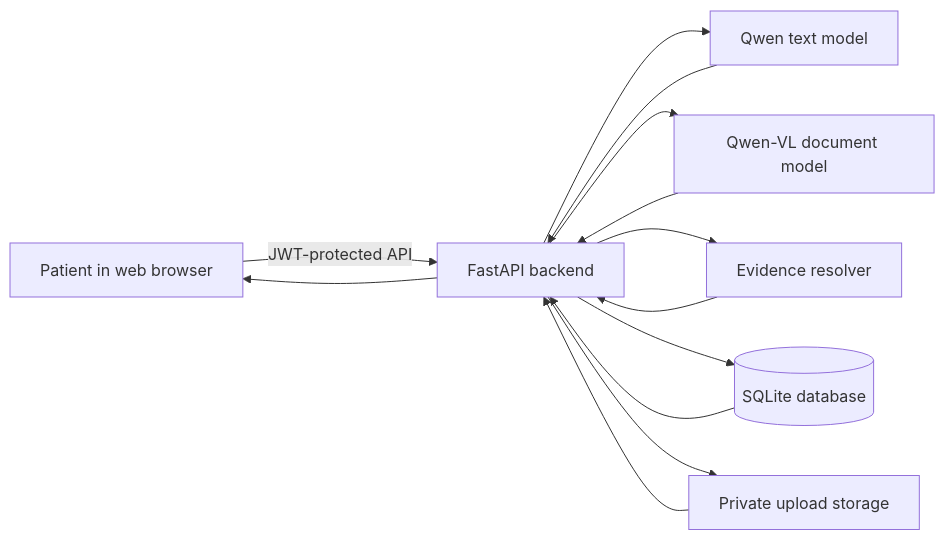
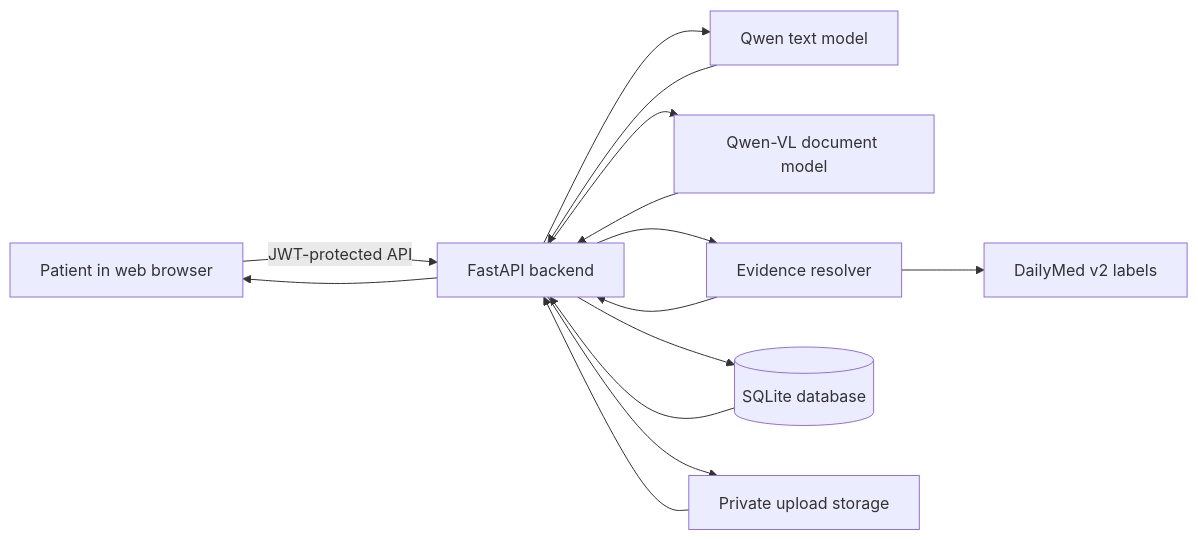
Before and after one commit to Kheem-Dh/Nabz---AI-Hackathon-Alibaba: the sixth of 6 diagrams in README.md, drawn with Mermaid. The commit also changed other lines of this file and 16 other files, not shown here.

Commit message:
Implemented the DailyMed medication-plan and transcript-chat upgrade.

````diff
--- a/README.md
+++ b/README.md
@@ -188,15 +191,16 @@
 ```mermaid
 flowchart LR
     U[Patient in web browser] -->|JWT-protected API| F[FastAPI backend]
     F --> Q[Qwen text model]
     F --> V[Qwen-VL document model]
     F --> M[Evidence resolver]
+    M --> DM[DailyMed v2 labels]
     F --> D[(SQLite database)]
     F --> S[Private upload storage]
     D --> F
     S --> F
     Q --> F
     V --> F
     M --> F
     F --> U
 ```
````
